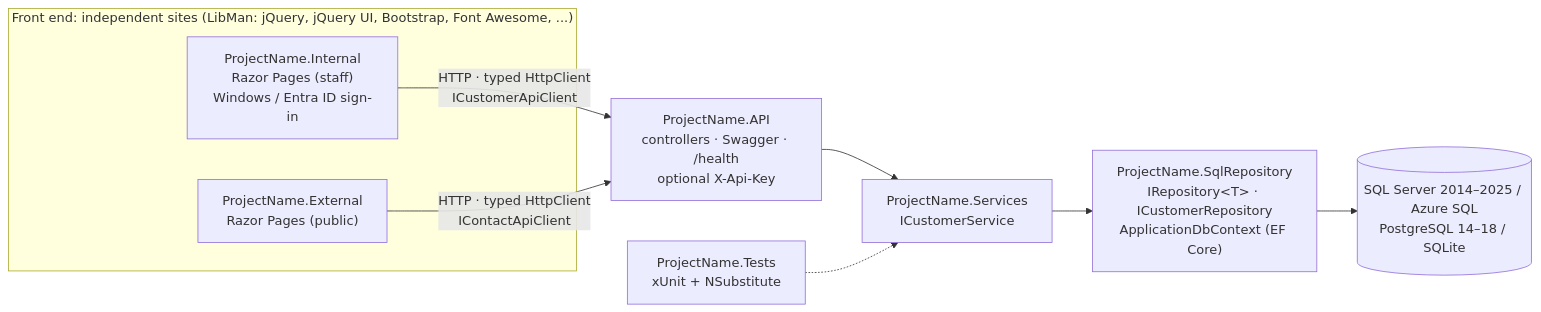
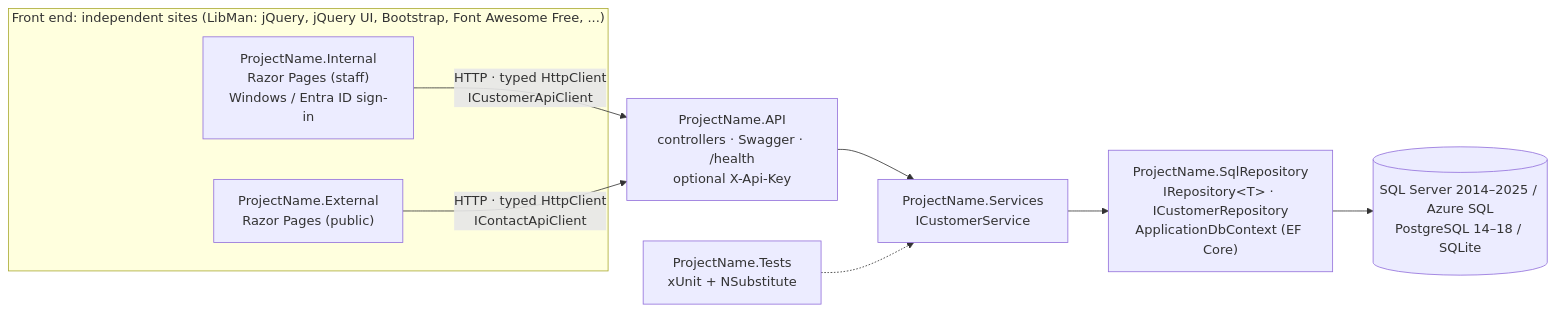
The diagram in README.md (dotnetappdev/Template), drawn with Mermaid before and after one commit. The commit also changed other lines of this file and 39 other files, not shown here.

````diff
--- a/README.md
+++ b/README.md
@@ -156,13 +160,13 @@
 ```mermaid
 flowchart LR
-    subgraph FE["Front end: independent sites (LibMan: jQuery, jQuery UI, Bootstrap, Font Awesome, ...)"]
+    subgraph FE["Front end: independent sites (LibMan: jQuery, jQuery UI, Bootstrap, Font Awesome Free, ...)"]
         I["ProjectName.Internal<br/>Razor Pages (staff)<br/>Windows / Entra ID sign-in"]
         E["ProjectName.External<br/>Razor Pages (public)"]
     end
     I -- "HTTP · typed HttpClient<br/>ICustomerApiClient" --> A
     E -- "HTTP · typed HttpClient<br/>IContactApiClient" --> A
     A["ProjectName.API<br/>controllers · Swagger · /health<br/>optional X-Api-Key"] --> S["ProjectName.Services<br/>ICustomerService"]
     S --> R["ProjectName.SqlRepository<br/>IRepository#lt;T#gt; · ICustomerRepository<br/>ApplicationDbContext (EF Core)"]
     R --> D[(SQL Server 2014–2025 / Azure SQL<br/>PostgreSQL 14–18 / SQLite)]
     T["ProjectName.Tests<br/>xUnit + NSubstitute"] -.-> S
 ```
````
